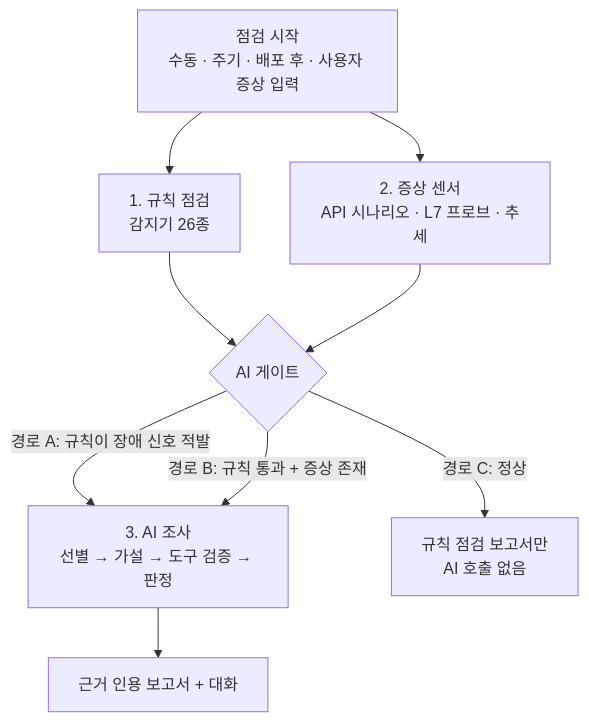
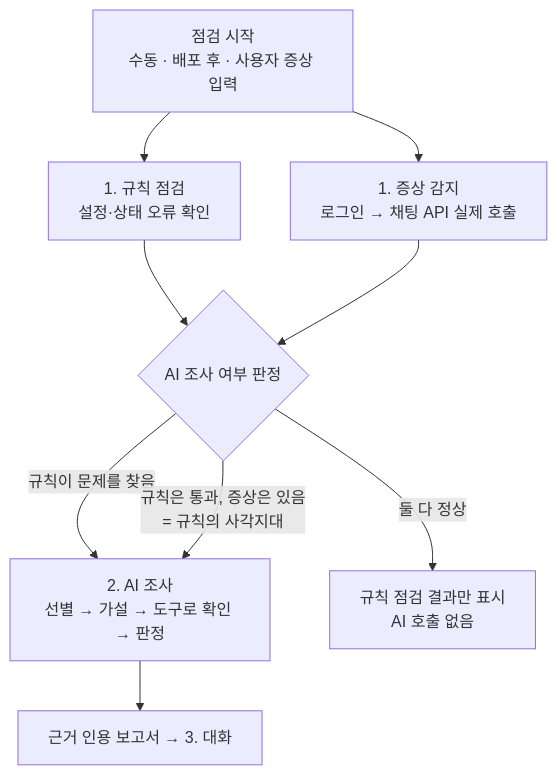
The second of 2 diagrams in docs/산출물/02-문제정의및서비스기획.md (skax-jihyeryu/KubeGuardian), drawn with Mermaid before and after one commit. The commit also changed other lines of this file, not shown here.

````diff
--- a/docs/산출물/02-문제정의및서비스기획.md
+++ b/docs/산출물/02-문제정의및서비스기획.md
@@ -93,11 +99,11 @@
 ```mermaid
 flowchart TB
-    T[점검 시작<br/>수동 · 주기 · 배포 후 · 사용자 증상 입력] --> R[1. 규칙 점검<br/>감지기 26종]
-    T --> S[2. 증상 센서<br/>API 시나리오 · L7 프로브 · 추세]
-    R --> G{AI 게이트}
+    T[점검 시작<br/>수동 · 배포 후 · 사용자 증상 입력] --> R[1. 규칙 점검<br/>설정·상태 오류 확인]
+    T --> S[1. 증상 감지<br/>로그인 → 채팅 API 실제 호출]
+    R --> G{AI 조사 여부 판정}
     S --> G
-    G -->|경로 A: 규칙이 장애 신호 적발| AI[3. AI 조사<br/>선별 → 가설 → 도구 검증 → 판정]
-    G -->|경로 B: 규칙 통과 + 증상 존재| AI
-    G -->|경로 C: 정상| OK[규칙 점검 보고서만<br/>AI 호출 없음]
-    AI --> REP[근거 인용 보고서 + 대화]
+    G -->|규칙이 문제를 찾음| AI[2. AI 조사<br/>선별 → 가설 → 도구로 확인 → 판정]
+    G -->|규칙은 통과, 증상은 있음<br/>= 규칙의 사각지대| AI
+    G -->|둘 다 정상| OK[규칙 점검 결과만 표시<br/>AI 호출 없음]
+    AI --> REP[근거 인용 보고서 → 3. 대화]
 ```
````
